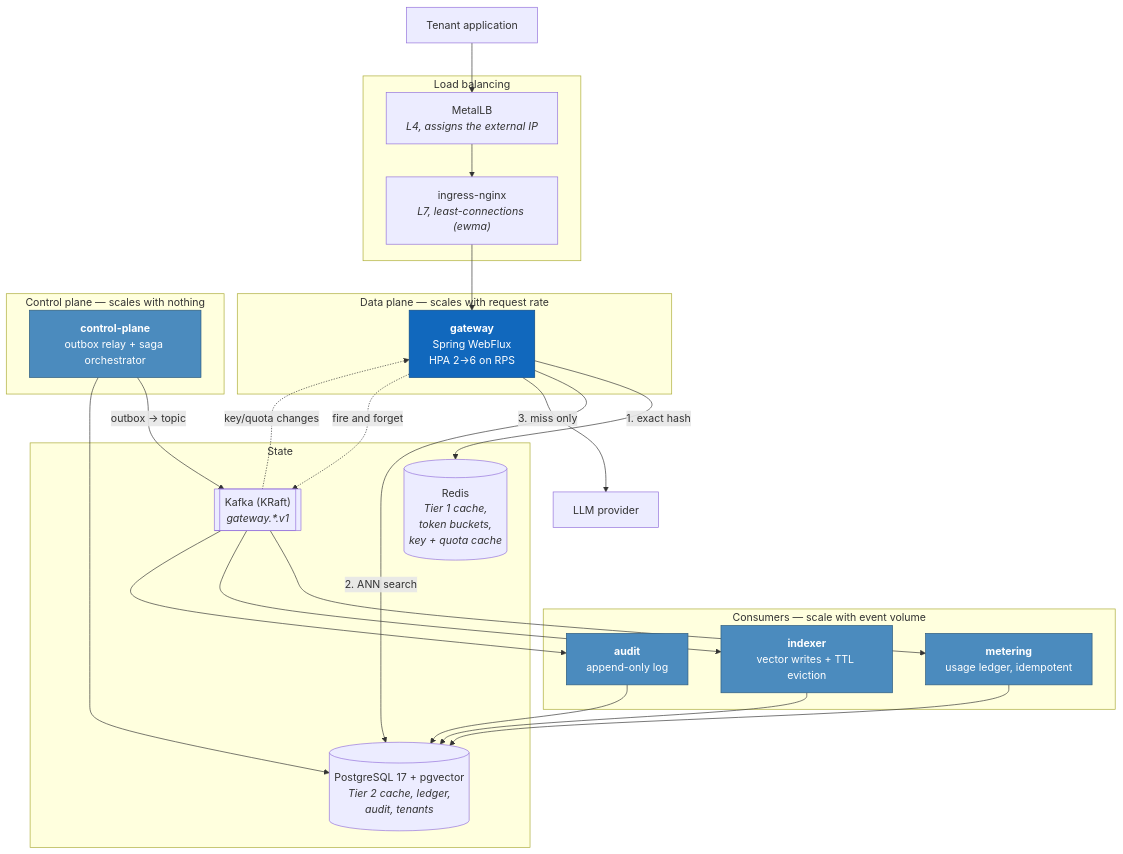
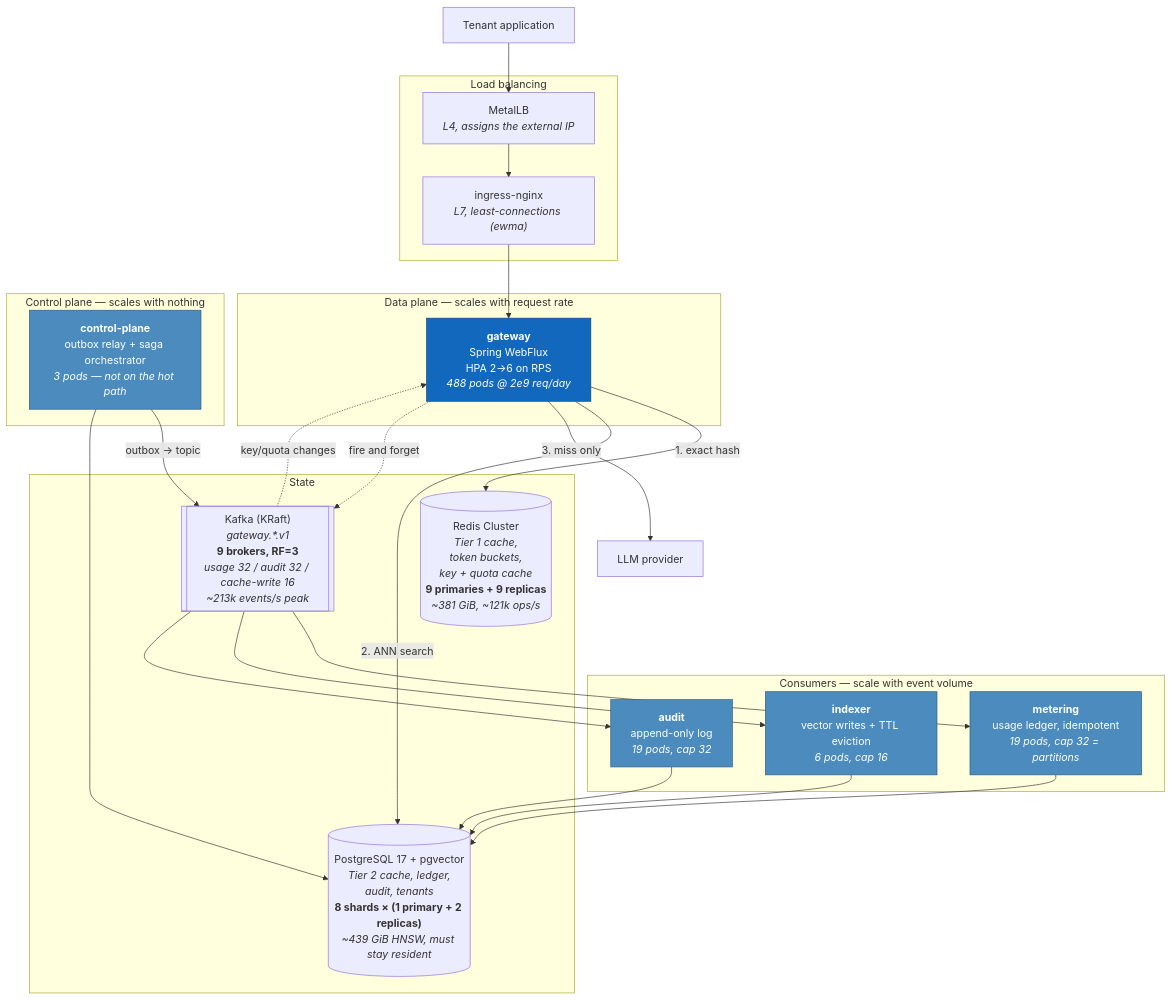
The second of 5 diagrams in docs/architecture/HLD.md (VasanthvasanthM/multi-tenant-ai-gateway), drawn with Mermaid before and after one commit. The commit also changed other lines of this file and 1 other file, not shown here.

````diff
--- a/docs/architecture/HLD.md
+++ b/docs/architecture/HLD.md
@@ -91,52 +91,52 @@
 ```mermaid
 graph TB
     Client["Tenant application"]
 
     subgraph edge["Load balancing"]
         MLB["MetalLB<br/><i>L4, assigns the external IP</i>"]
         NGX["ingress-nginx<br/><i>L7, least-connections (ewma)</i>"]
     end
 
     subgraph dataplane["Data plane — scales with request rate"]
-        GW["<b>gateway</b><br/>Spring WebFlux<br/>HPA 2→6 on RPS"]
+        GW["<b>gateway</b><br/>Spring WebFlux<br/>HPA 2→6 on RPS<br/><i>488 pods @ 2e9 req/day</i>"]
     end
 
     subgraph controlplane["Control plane — scales with nothing"]
-        CP["<b>control-plane</b><br/>outbox relay + saga orchestrator"]
+        CP["<b>control-plane</b><br/>outbox relay + saga orchestrator<br/><i>3 pods — not on the hot path</i>"]
     end
 
     subgraph consumers["Consumers — scale with event volume"]
-        MET["<b>metering</b><br/>usage ledger, idempotent"]
-        IDX["<b>indexer</b><br/>vector writes + TTL eviction"]
-        AUD["<b>audit</b><br/>append-only log"]
+        MET["<b>metering</b><br/>usage ledger, idempotent<br/><i>19 pods, cap 32 = partitions</i>"]
+        IDX["<b>indexer</b><br/>vector writes + TTL eviction<br/><i>6 pods, cap 16</i>"]
+        AUD["<b>audit</b><br/>append-only log<br/><i>19 pods, cap 32</i>"]
     end
 
     subgraph state["State"]
-        Redis[("Redis<br/><i>Tier 1 cache,<br/>token buckets,<br/>key + quota cache</i>")]
-        PG[("PostgreSQL 17 + pgvector<br/><i>Tier 2 cache, ledger,<br/>audit, tenants</i>")]
-        Kafka[["Kafka (KRaft)<br/><i>gateway.*.v1</i>"]]
+        Redis[("Redis Cluster<br/><i>Tier 1 cache,<br/>token buckets,<br/>key + quota cache</i><br/><b>9 primaries + 9 replicas</b><br/><i>~381 GiB, ~121k ops/s</i>")]
+        PG[("PostgreSQL 17 + pgvector<br/><i>Tier 2 cache, ledger,<br/>audit, tenants</i><br/><b>8 shards × (1 primary + 2 replicas)</b><br/><i>~439 GiB HNSW, must stay resident</i>")]
+        Kafka[["Kafka (KRaft)<br/><i>gateway.*.v1</i><br/><b>9 brokers, RF=3</b><br/><i>usage 32 / audit 32 / cache-write 16</i><br/><i>~213k events/s peak</i>"]]
     end
 
     LLM["LLM provider"]
 
     Client --> MLB --> NGX --> GW
 
     GW -->|"1. exact hash"| Redis
     GW -->|"2. ANN search"| PG
     GW -->|"3. miss only"| LLM
     GW -.->|"fire and forget"| Kafka
 
     Kafka --> MET & IDX & AUD
     MET --> PG
     IDX --> PG
     AUD --> PG
     CP -->|"outbox → topic"| Kafka
     CP --> PG
     Kafka -.->|"key/quota changes"| GW
 
     style GW fill:#1168bd,stroke:#0b4884,color:#fff
     style CP fill:#4b8bbe,stroke:#2d5a7b,color:#fff
     style MET fill:#4b8bbe,stroke:#2d5a7b,color:#fff
     style IDX fill:#4b8bbe,stroke:#2d5a7b,color:#fff
     style AUD fill:#4b8bbe,stroke:#2d5a7b,color:#fff
 ```
````
